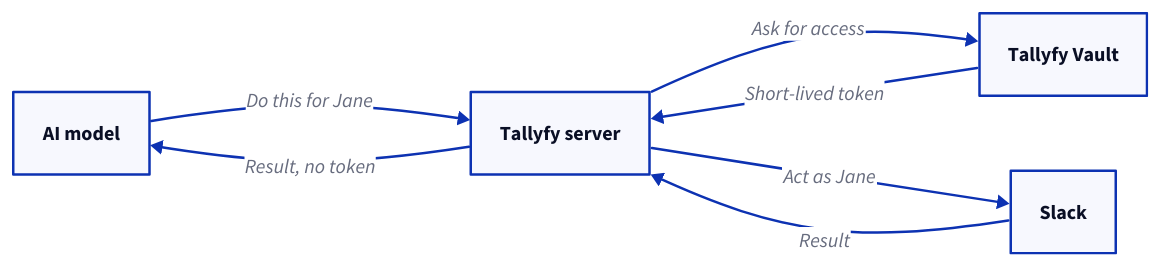
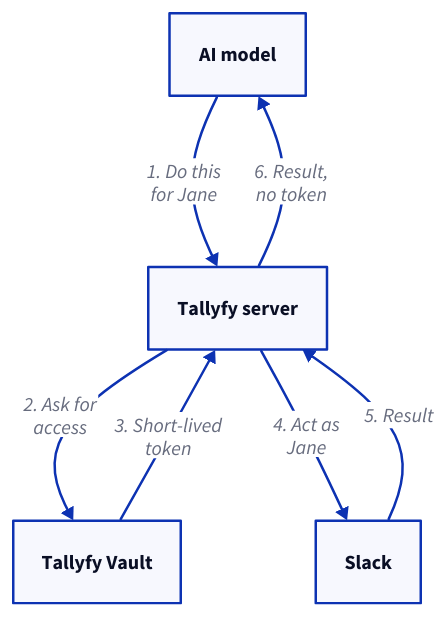
The diagram in src/content/docs/pro/integrations/vault/security-model.mdx (tallyfy/documentation), drawn with D2 before and after one commit. The commit also changed other lines of this file and 12 other files, not shown here.

First line of the commit message:
Redraw 14 diagrams on 13 help pages so their text reads at full size

````diff
--- a/src/content/docs/pro/integrations/vault/security-model.mdx
+++ b/src/content/docs/pro/integrations/vault/security-model.mdx
@@ -22,15 +22,16 @@
 ```d2
-direction: right
+# Where your access goes when the AI acts in Slack
+direction: down
 
 AI: "AI model"
 Server: "Tallyfy server"
 Vault: "Tallyfy Vault"
 Slack: "Slack"
 
-AI -> Server: "Do this for Jane"
-Server -> Vault: "Ask for access"
-Vault -> Server: "Short-lived token"
-Server -> Slack: "Act as Jane"
-Slack -> Server: "Result"
-Server -> AI: "Result, no token"
+AI -> Server: "1. Do this\nfor Jane"
+Server -> Vault: "2. Ask for\naccess"
+Vault -> Server: "3. Short-lived\ntoken"
+Server -> Slack: "4. Act as\nJane"
+Slack -> Server: "5. Result"
+Server -> AI: "6. Result,\nno token"
 ```
````
